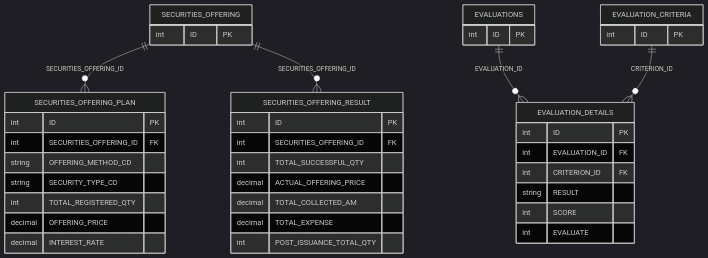
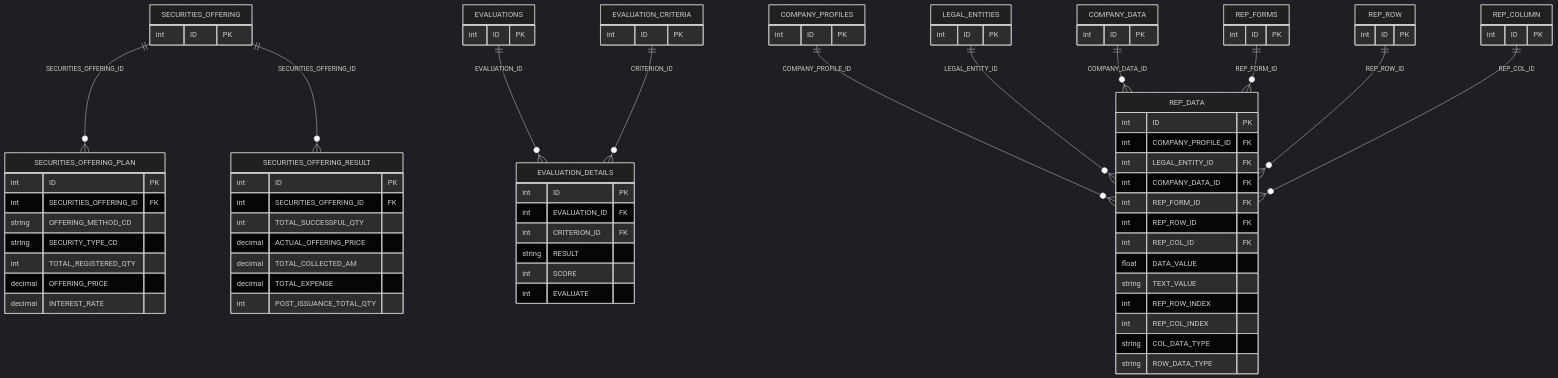
Before and after one commit to linhlvit/ubck_atomic_design: the first of 2 diagrams in DataModel/working/Atomic/hld/IDS_HLD_Tier4.md, drawn with Mermaid (dark theme). The commit also changed other lines of this file and 31 other files, not shown here.

````diff
--- a/DataModel/working/Atomic/hld/IDS_HLD_Tier4.md
+++ b/DataModel/working/Atomic/hld/IDS_HLD_Tier4.md
@@ -65,8 +67,49 @@
         int EVALUATE
     }
 
+    COMPANY_PROFILES {
+        int ID PK
+    }
+    LEGAL_ENTITIES {
+        int ID PK
+    }
+    COMPANY_DATA {
+        int ID PK
+    }
+    REP_FORMS {
+        int ID PK
+    }
+    REP_ROW {
+        int ID PK
+    }
+    REP_COLUMN {
+        int ID PK
+    }
+
+    REP_DATA {
+        int ID PK
+        int COMPANY_PROFILE_ID FK
+        int LEGAL_ENTITY_ID FK
+        int COMPANY_DATA_ID FK
+        int REP_FORM_ID FK
+        int REP_ROW_ID FK
+        int REP_COL_ID FK
+        float DATA_VALUE
+        string TEXT_VALUE
+        int REP_ROW_INDEX
+        int REP_COL_INDEX
+        string COL_DATA_TYPE
+        string ROW_DATA_TYPE
+    }
+
     SECURITIES_OFFERING ||--o{ SECURITIES_OFFERING_PLAN : "SECURITIES_OFFERING_ID"
     SECURITIES_OFFERING ||--o{ SECURITIES_OFFERING_RESULT : "SECURITIES_OFFERING_ID"
     EVALUATIONS ||--o{ EVALUATION_DETAILS : "EVALUATION_ID"
     EVALUATION_CRITERIA ||--o{ EVALUATION_DETAILS : "CRITERION_ID"
+    COMPANY_PROFILES ||--o{ REP_DATA : "COMPANY_PROFILE_ID"
+    LEGAL_ENTITIES ||--o{ REP_DATA : "LEGAL_ENTITY_ID"
+    COMPANY_DATA ||--o{ REP_DATA : "COMPANY_DATA_ID"
+    REP_FORMS ||--o{ REP_DATA : "REP_FORM_ID"
+    REP_ROW ||--o{ REP_DATA : "REP_ROW_ID"
+    REP_COLUMN ||--o{ REP_DATA : "REP_COL_ID"
 ```
````
